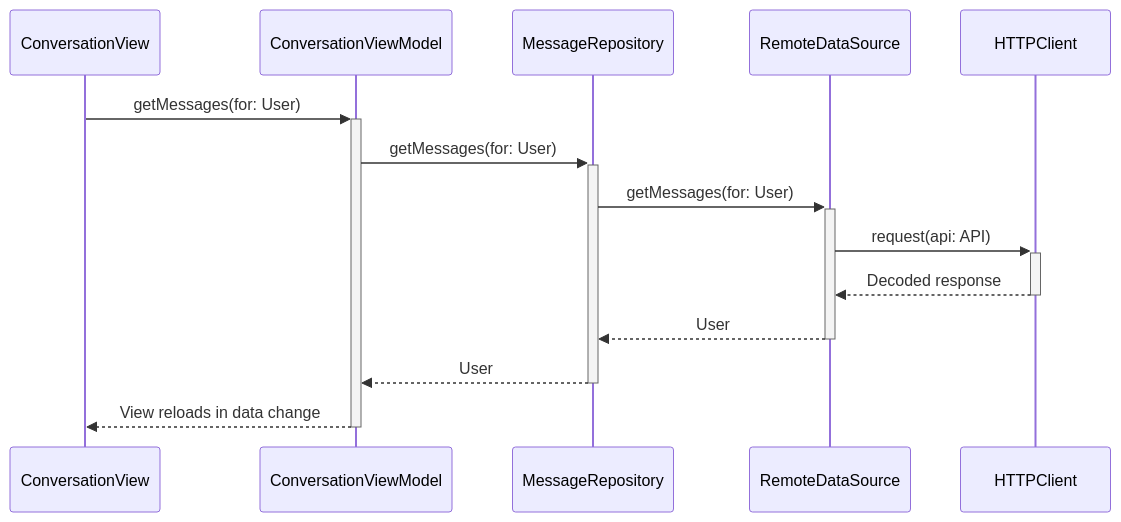
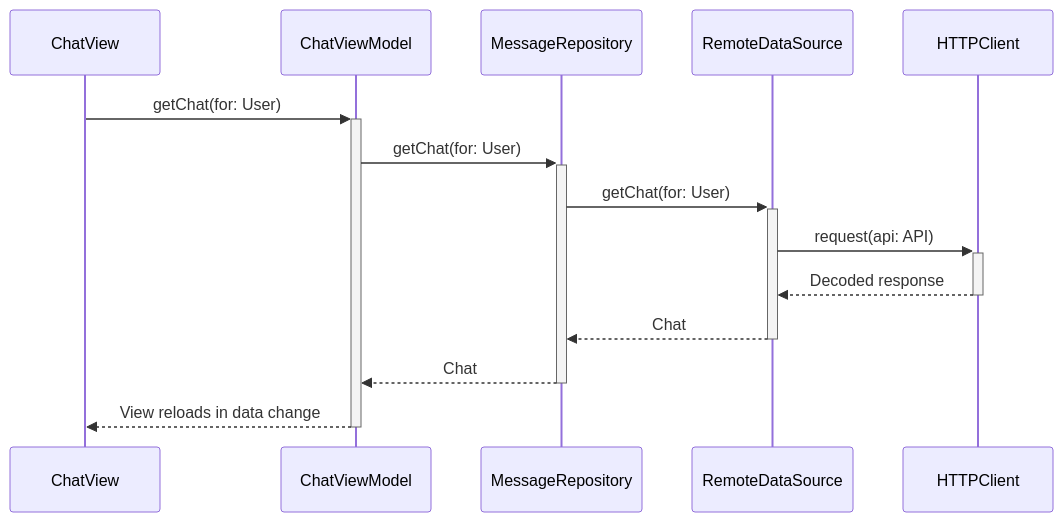
One commit to ignacioparadisi/lovevery-messages changed the fourth of 5 diagrams in README.md. Above: the diagram before and after it, drawn with Mermaid. The commit also changed other lines of this file, not shown here.

Commit message:
Update README.md to use Chat instead of User

````diff
--- a/README.md
+++ b/README.md
@@ -74,11 +74,11 @@
 ```mermaid
 sequenceDiagram
-  ConversationView->>+ConversationViewModel: getMessages(for: User)
-  ConversationViewModel->>+MessageRepository: getMessages(for: User)
-  MessageRepository->>+RemoteDataSource: getMessages(for: User)
+  ChatView->>+ChatViewModel: getChat(for: User)
+  ChatViewModel->>+MessageRepository: getChat(for: User)
+  MessageRepository->>+RemoteDataSource: getChat(for: User)
   RemoteDataSource->>+HTTPClient: request(api: API)
   HTTPClient-->>-RemoteDataSource: Decoded response
-  RemoteDataSource-->>-MessageRepository: User
-  MessageRepository-->>-ConversationViewModel: User
-  ConversationViewModel-->>-ConversationView: View reloads in data change
+  RemoteDataSource-->>-MessageRepository: Chat
+  MessageRepository-->>-ChatViewModel: Chat
+  ChatViewModel-->>-ChatView: View reloads in data change
 ```
````
